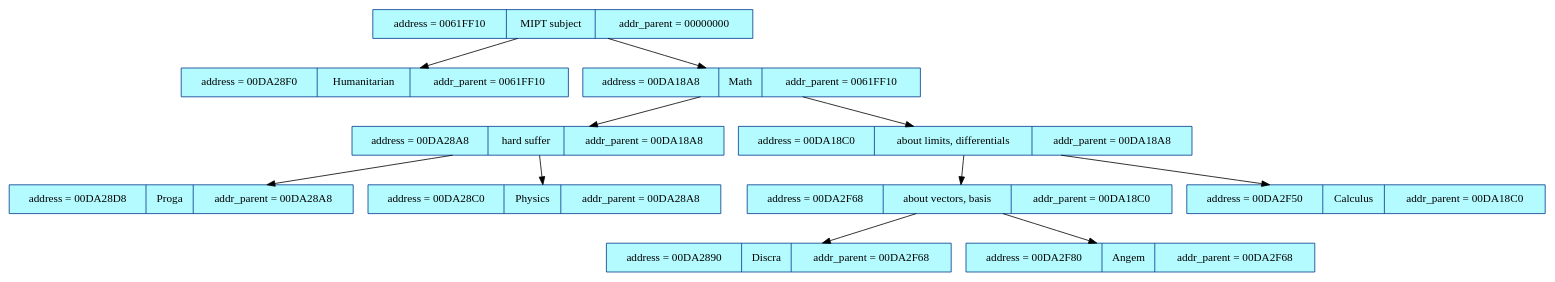
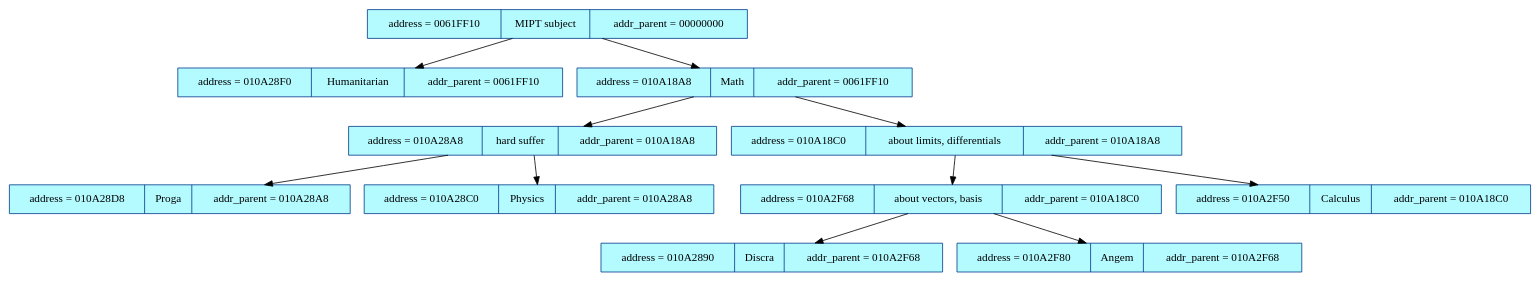
One commit to Dariazeml1007/Tree changed the diagram in dump.dot. Above: the diagram before and after it, drawn with Graphviz. The commit also changed 4 other files, not shown here.

```diff
--- a/dump.dot
+++ b/dump.dot
@@ -1,27 +1,27 @@
 digraph structs {
 rankdir=HR;
 node[color= "#003A8C",style="filled", fillcolor="#B4FBFF", fontsize=14];
 edge[color="black", weight = 9,fontsize=14];
 el_0061FF10 [shape=record, label= "address = 0061FF10|MIPT subject| addr_parent = 00000000"];
-el_00DA28F0 [shape=record, label= "address = 00DA28F0|Humanitarian| addr_parent = 0061FF10"];
-el_00DA18A8 [shape=record, label= "address = 00DA18A8|Math| addr_parent = 0061FF10"];
-el_00DA28A8 [shape=record, label= "address = 00DA28A8|hard suffer| addr_parent = 00DA18A8"];
-el_00DA28D8 [shape=record, label= "address = 00DA28D8|Proga| addr_parent = 00DA28A8"];
-el_00DA28C0 [shape=record, label= "address = 00DA28C0|Physics| addr_parent = 00DA28A8"];
-el_00DA18C0 [shape=record, label= "address = 00DA18C0|about limits, differentials| addr_parent = 00DA18A8"];
-el_00DA2F68 [shape=record, label= "address = 00DA2F68|about vectors, basis| addr_parent = 00DA18C0"];
-el_00DA2890 [shape=record, label= "address = 00DA2890|Discra| addr_parent = 00DA2F68"];
-el_00DA2F80 [shape=record, label= "address = 00DA2F80|Angem| addr_parent = 00DA2F68"];
-el_00DA2F50 [shape=record, label= "address = 00DA2F50|Calculus| addr_parent = 00DA18C0"];
-el_0061FF10->el_00DA28F0;
-el_0061FF10->el_00DA18A8;
-el_00DA18A8->el_00DA28A8;
-el_00DA28A8->el_00DA28D8;
-el_00DA28A8->el_00DA28C0;
-el_00DA18A8->el_00DA18C0;
-el_00DA18C0->el_00DA2F68;
-el_00DA2F68->el_00DA2890;
-el_00DA2F68->el_00DA2F80;
-el_00DA18C0->el_00DA2F50;
+el_010A28F0 [shape=record, label= "address = 010A28F0|Humanitarian| addr_parent = 0061FF10"];
+el_010A18A8 [shape=record, label= "address = 010A18A8|Math| addr_parent = 0061FF10"];
+el_010A28A8 [shape=record, label= "address = 010A28A8|hard suffer| addr_parent = 010A18A8"];
+el_010A28D8 [shape=record, label= "address = 010A28D8|Proga| addr_parent = 010A28A8"];
+el_010A28C0 [shape=record, label= "address = 010A28C0|Physics| addr_parent = 010A28A8"];
+el_010A18C0 [shape=record, label= "address = 010A18C0|about limits, differentials| addr_parent = 010A18A8"];
+el_010A2F68 [shape=record, label= "address = 010A2F68|about vectors, basis| addr_parent = 010A18C0"];
+el_010A2890 [shape=record, label= "address = 010A2890|Discra| addr_parent = 010A2F68"];
+el_010A2F80 [shape=record, label= "address = 010A2F80|Angem| addr_parent = 010A2F68"];
+el_010A2F50 [shape=record, label= "address = 010A2F50|Calculus| addr_parent = 010A18C0"];
+el_0061FF10->el_010A28F0;
+el_0061FF10->el_010A18A8;
+el_010A18A8->el_010A28A8;
+el_010A28A8->el_010A28D8;
+el_010A28A8->el_010A28C0;
+el_010A18A8->el_010A18C0;
+el_010A18C0->el_010A2F68;
+el_010A2F68->el_010A2890;
+el_010A2F68->el_010A2F80;
+el_010A18C0->el_010A2F50;
 
 }
```
